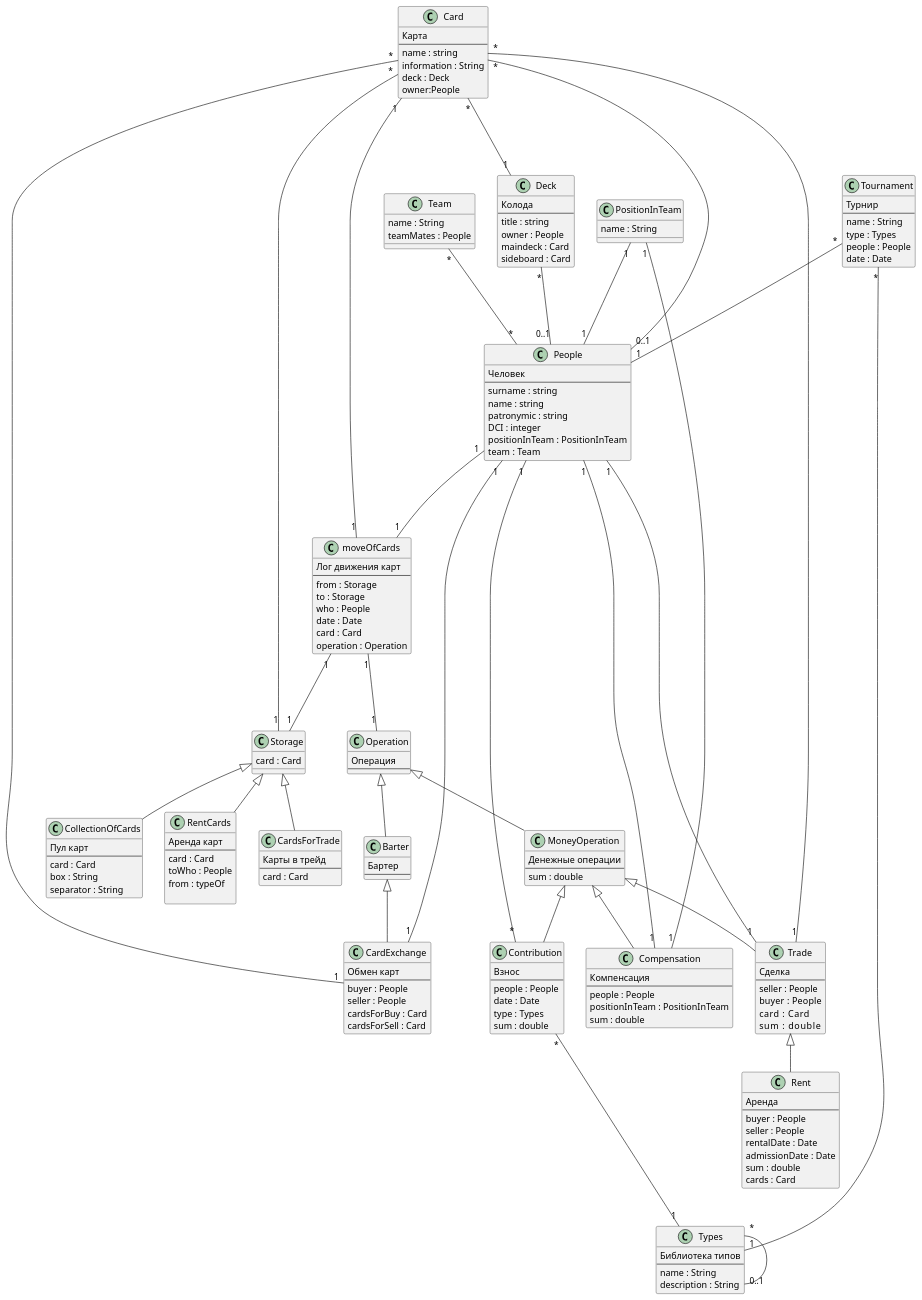
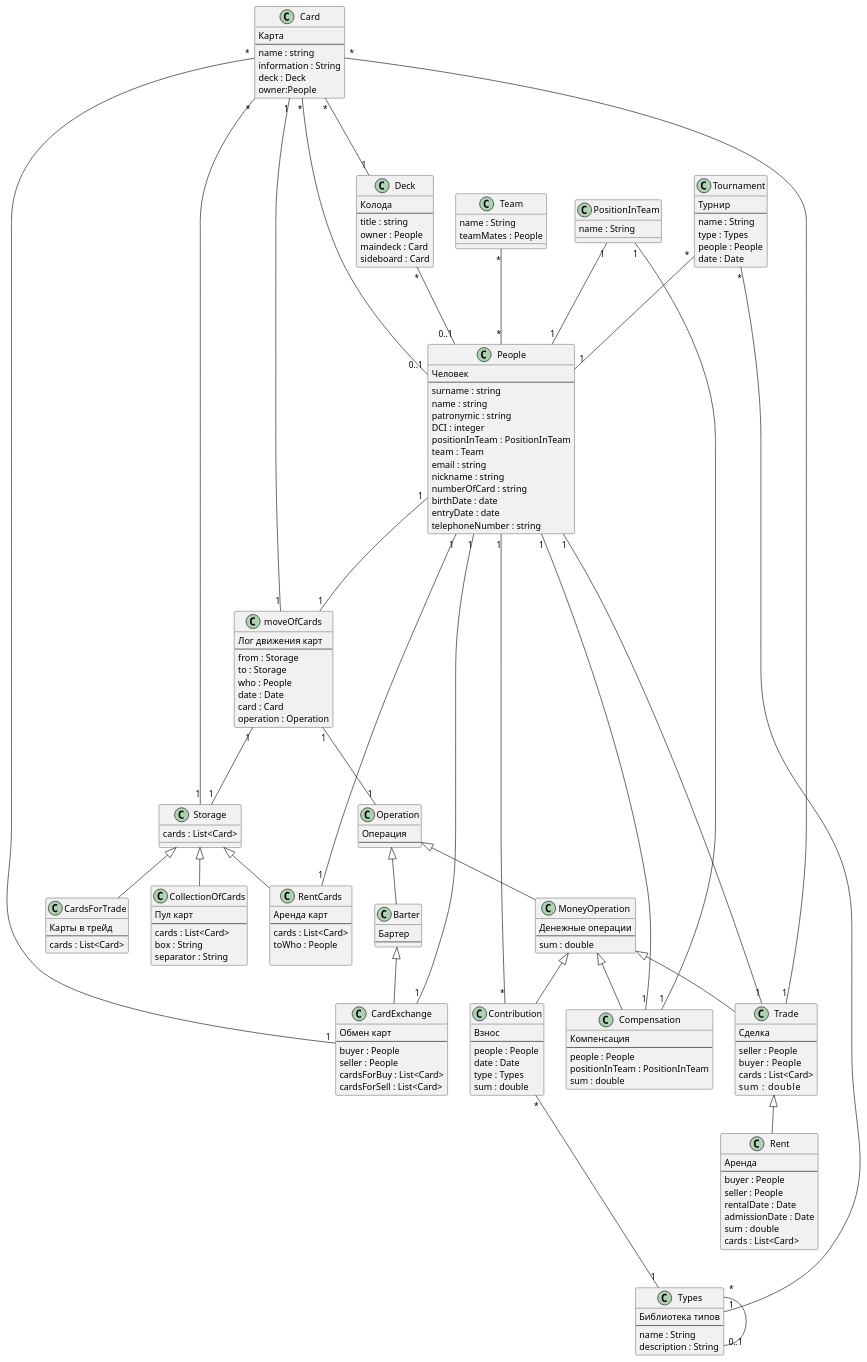
The diagram in _modelling/draft-model.puml (voindozor2/regCardsMagic), drawn with PlantUML before and after one commit. The commit also changed 36 other files, not shown here.

```diff
--- a/_modelling/draft-model.puml
+++ b/_modelling/draft-model.puml
@@ -15,6 +15,18 @@
 positionInTeam : PositionInTeam
 'Команда
 team : Team
+'Электронная почта
+email : string 
+'Никнейм
+nickname : string
+'Номер карты
+numberOfCard : string
+'День рождения
+birthDate : date
+'Дата вступления
+entryDate : date
+'Номер телефона
+telephoneNumber : string
 }
 
 class Deck{
@@ -68,7 +80,7 @@
 class CollectionOfCards extends Storage{
     Пул карт
     --
-    card : Card
+    cards : List<Card>
     box : String
     separator : String
 }
@@ -76,20 +88,19 @@
 class RentCards extends Storage{
     Аренда карт
     --
-    card : Card
+    cards : List<Card>
     toWho : People
-    from : typeOf
 
 }
 
 class CardsForTrade extends Storage {
     Карты в трейд
     --
-    card : Card
+    cards : List<Card>
 }
 
 class Storage {
-    card : Card
+    cards : List<Card>
 }
 
 class Operation {
@@ -129,7 +140,7 @@
     'Покупатель
     buyer  : People
     'Список карт
-    card   : Card 
+    cards : List<Card> 
     'Сумма
     sum    : double
 }
@@ -142,9 +153,9 @@
     '2 Человек у которого хотят обменять
     seller : People 
     'Карты 1 го человека
-    cardsForBuy : Card
+    cardsForBuy : List<Card>
     'Карты 2 го человека
-    cardsForSell : Card
+    cardsForSell : List<Card>
 }
 
 class Rent extends Trade {
@@ -161,7 +172,7 @@
     'Оплата за аренду в рублях
     sum : double
     'Карты которые берут в аренду
-    cards : Card
+    cards : List<Card>
 }
 
 class PositionInTeam {
@@ -223,7 +234,7 @@
 People "1" ---"1" Trade
 People "1" --- "1" Compensation
 People "1" --- "1" moveOfCards
-
+People "1" --- "1" RentCards
 
 PositionInTeam "1" --- "1" People
 PositionInTeam "1" --- "1" Compensation
```
